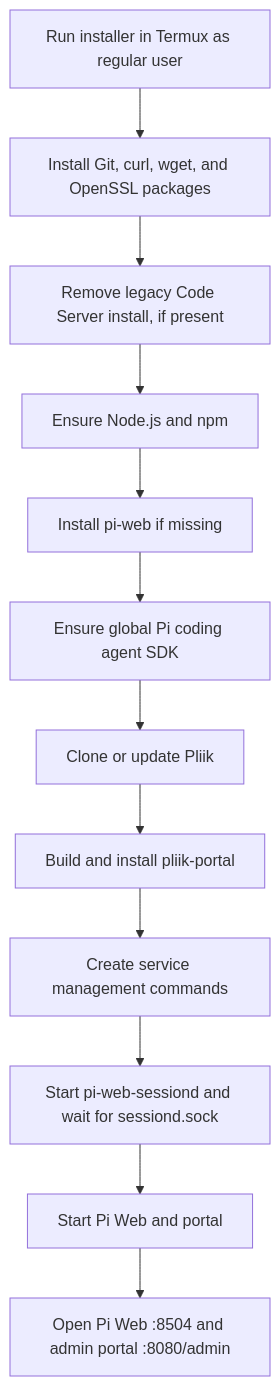
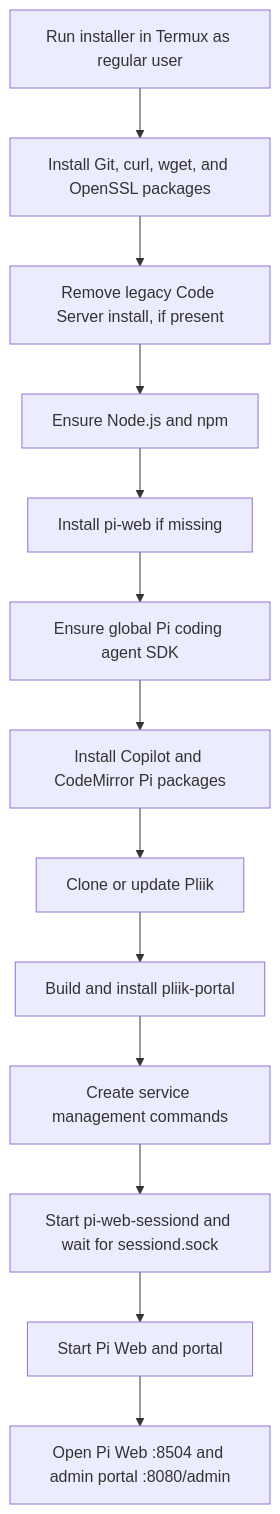
One commit to mutualendemic/pliik changed the second of 2 diagrams in ARCHITECTURE.md. Above: the diagram before and after it, drawn with Mermaid. The commit also changed other lines of this file and 2 other files, not shown here.

Commit message:
Install Pi Web CodeMirror editor plugin

````diff
--- a/ARCHITECTURE.md
+++ b/ARCHITECTURE.md
@@ -52,17 +52,18 @@
 ```mermaid
 flowchart TD
     Start[Run installer in Termux as regular user]
     Base[Install Git, curl, wget, and OpenSSL packages]
     Runtime[Ensure Node.js and npm]
     PiWeb[Install pi-web if missing]
     SDK[Ensure global Pi coding agent SDK]
+    PluginPackages[Install Copilot and CodeMirror Pi packages]
     Checkout[Clone or update Pliik]
     LegacyCleanup[Remove legacy Code Server install, if present]
     BuildPortal[Build and install pliik-portal]
     Commands[Create service management commands]
     Sessiond[Start pi-web-sessiond and wait for sessiond.sock]
     Server[Start Pi Web and portal]
     Ready[Open Pi Web :8504 and admin portal :8080/admin]
 
-    Start --> Base --> LegacyCleanup --> Runtime --> PiWeb --> SDK --> Checkout --> BuildPortal --> Commands --> Sessiond --> Server --> Ready
+    Start --> Base --> LegacyCleanup --> Runtime --> PiWeb --> SDK --> PluginPackages --> Checkout --> BuildPortal --> Commands --> Sessiond --> Server --> Ready
 ```
````
